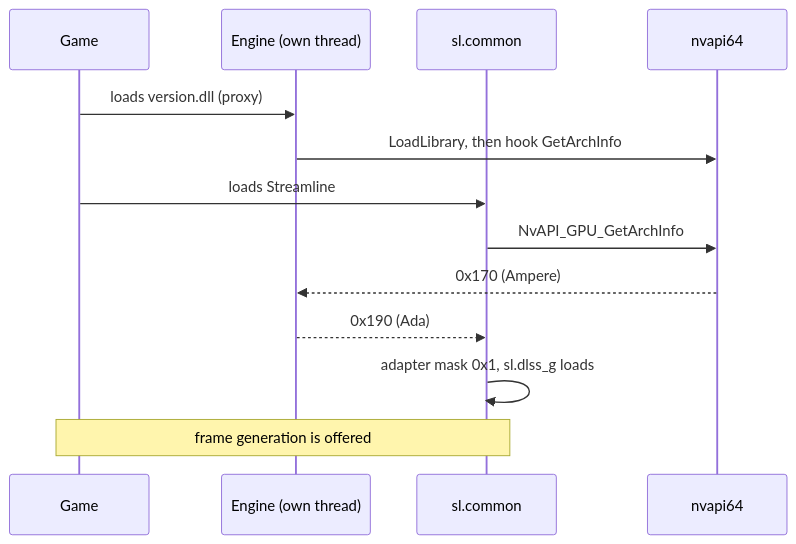
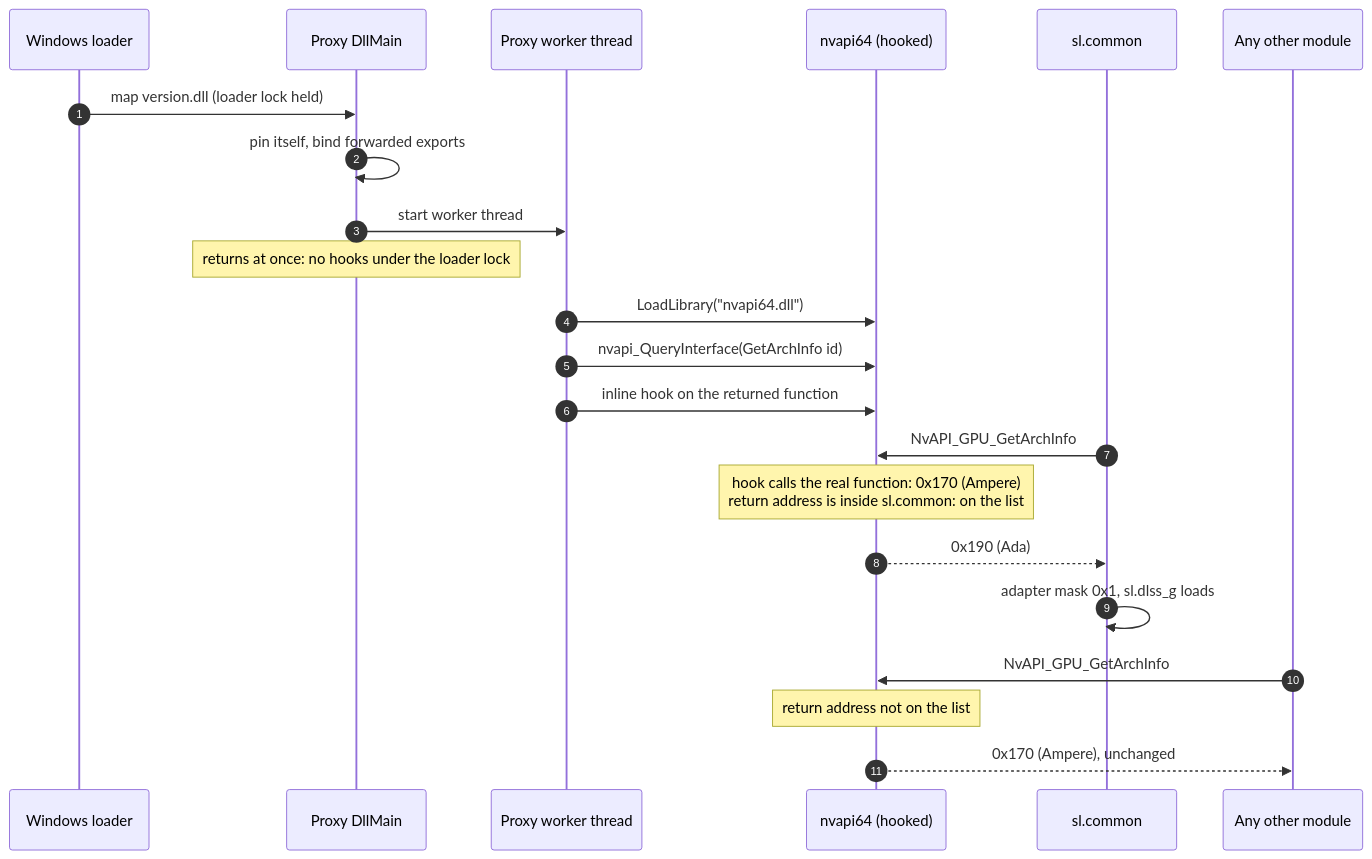
The second of 5 diagrams in docs/ARCHITECTURE.md (rodjunger/opendlssgenabler), drawn with Mermaid before and after one commit. The commit also changed other lines of this file, not shown here.

First line of the commit message:
Explain the hook points and PTX retargeting in the architecture doc

````diff
--- a/docs/ARCHITECTURE.md
+++ b/docs/ARCHITECTURE.md
@@ -89,16 +113,25 @@
 ```mermaid
 sequenceDiagram
-    participant G as Game
-    participant E as Engine (own thread)
+    autonumber
+    participant L as Windows loader
+    participant P as Proxy DllMain
+    participant W as Proxy worker thread
+    participant N as nvapi64 (hooked)
     participant C as sl.common
-    participant N as nvapi64
+    participant O as Any other module
 
-    G->>E: loads version.dll (proxy)
-    E->>N: LoadLibrary, then hook GetArchInfo
-    G->>C: loads Streamline
+    L->>P: map version.dll (loader lock held)
+    P->>P: pin itself, bind forwarded exports
+    P->>W: start worker thread
+    Note over P: returns at once: no hooks under the loader lock
+    W->>N: LoadLibrary("nvapi64.dll")
+    W->>N: nvapi_QueryInterface(GetArchInfo id)
+    W->>N: inline hook on the returned function
     C->>N: NvAPI_GPU_GetArchInfo
-    N-->>E: 0x170 (Ampere)
-    E-->>C: 0x190 (Ada)
+    Note over N: hook calls the real function: 0x170 (Ampere)<br/>return address is inside sl.common: on the list
+    N-->>C: 0x190 (Ada)
     C->>C: adapter mask 0x1, sl.dlss_g loads
-    Note over G,C: frame generation is offered
+    O->>N: NvAPI_GPU_GetArchInfo
+    Note over N: return address not on the list
+    N-->>O: 0x170 (Ampere), unchanged
 ```
````
